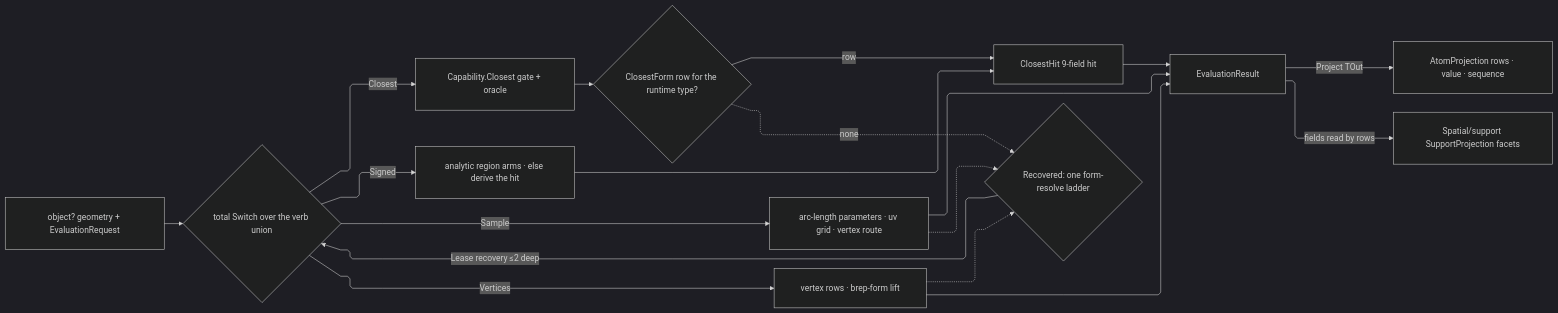
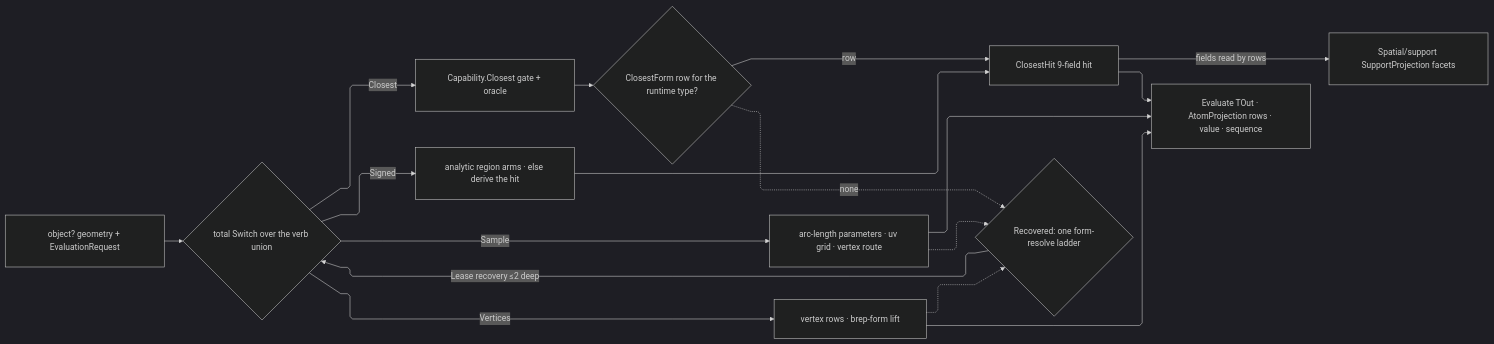
Before and after one commit to bsamiee/Rasm: the diagram in libs/dotnet/Rasm/.planning/Domain/evaluation.md, drawn with Mermaid (dark theme). The commit also changed other lines of this file and 69 other files, not shown here.

````diff
--- a/libs/dotnet/Rasm/.planning/Domain/evaluation.md
+++ b/libs/dotnet/Rasm/.planning/Domain/evaluation.md
@@ -470,29 +430,28 @@
 ```mermaid
 ---
 config:
   layout: elk
   flowchart:
     curve: linear
     padding: 25
 ---
 flowchart LR
     accTitle: Evaluation request dispatch and recovery spine
-    accDescr: One request union dispatching four verbs over admitted geometry, the closest verb reading the ordered recovery roster into a nine-field hit, every verb sharing one form-resolve ladder for value shapes, and one result union fanning into the typed projection rows.
+    accDescr: One request union dispatching four verbs over admitted geometry, the closest verb reading the ordered recovery roster into a nine-field hit, every verb sharing one form-resolve ladder for value shapes, and the typed Evaluate TOut egress fanning into the projection rows.
     Raw["object? geometry + EvaluationRequest"] --> Dispatch{"total Switch over the verb union"}
     Dispatch -->|Closest| Gate["Capability.Closest gate + oracle"]
     Gate --> Roster{"ClosestForm row for the runtime type?"}
     Roster -->|row| Hit["ClosestHit 9-field hit"]
     Roster -.->|none| Ladder
     Dispatch -->|Signed| Signed["analytic region arms · else derive the hit"]
     Dispatch -->|Sample| Sampling["arc-length parameters · uv grid · vertex route"]
     Dispatch -->|Vertices| VertexRows["vertex rows · brep-form lift"]
     Sampling -.-> Ladder{"Recovered: one form-resolve ladder"}
     VertexRows -.-> Ladder
     Signed --> Hit
     Ladder -->|"Lease recovery ≤2 deep"| Dispatch
-    Hit --> Result["EvaluationResult"]
-    Sampling --> Result
-    VertexRows --> Result
-    Result -->|Project TOut| Typed["AtomProjection rows · value · sequence"]
-    Result -->|fields read by rows| Support["Spatial/support SupportProjection facets"]
+    Hit --> Typed["Evaluate TOut · AtomProjection rows · value · sequence"]
+    Sampling --> Typed
+    VertexRows --> Typed
+    Hit -->|fields read by rows| Support["Spatial/support SupportProjection facets"]
 ```
````
